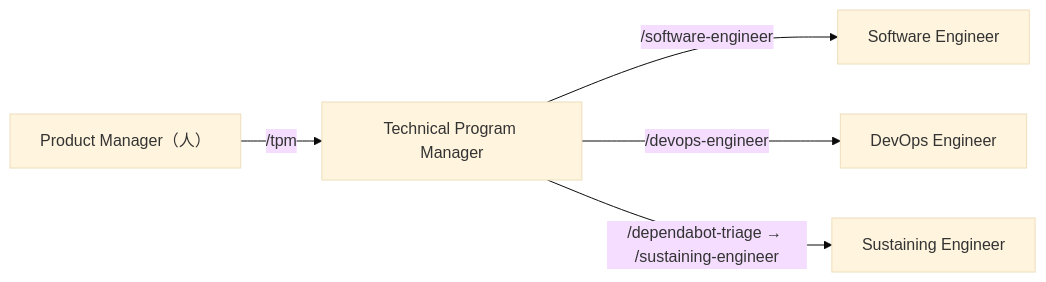
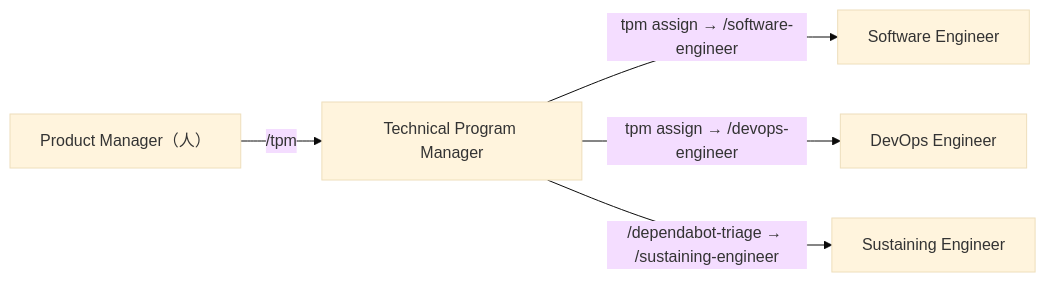
The diagram in docs-site/src/content/docs/index.md (uraitakahito/roster), drawn with Mermaid (base theme) before and after one commit. The commit also changed other lines of this file and 30 other files, not shown here.

````diff
--- a/docs-site/src/content/docs/index.md
+++ b/docs-site/src/content/docs/index.md
@@ -12,7 +12,7 @@
 ```mermaid
 flowchart LR
   PM["Product Manager（人）"] -->|"/tpm"| TPM["Technical Program Manager"]
-  TPM -->|"/software-engineer"| SE["Software Engineer"]
-  TPM -->|"/devops-engineer"| DE["DevOps Engineer"]
+  TPM -->|"tpm assign → /software-engineer"| SE["Software Engineer"]
+  TPM -->|"tpm assign → /devops-engineer"| DE["DevOps Engineer"]
   TPM -->|"/dependabot-triage → /sustaining-engineer"| SU["Sustaining Engineer"]
 ```
````
